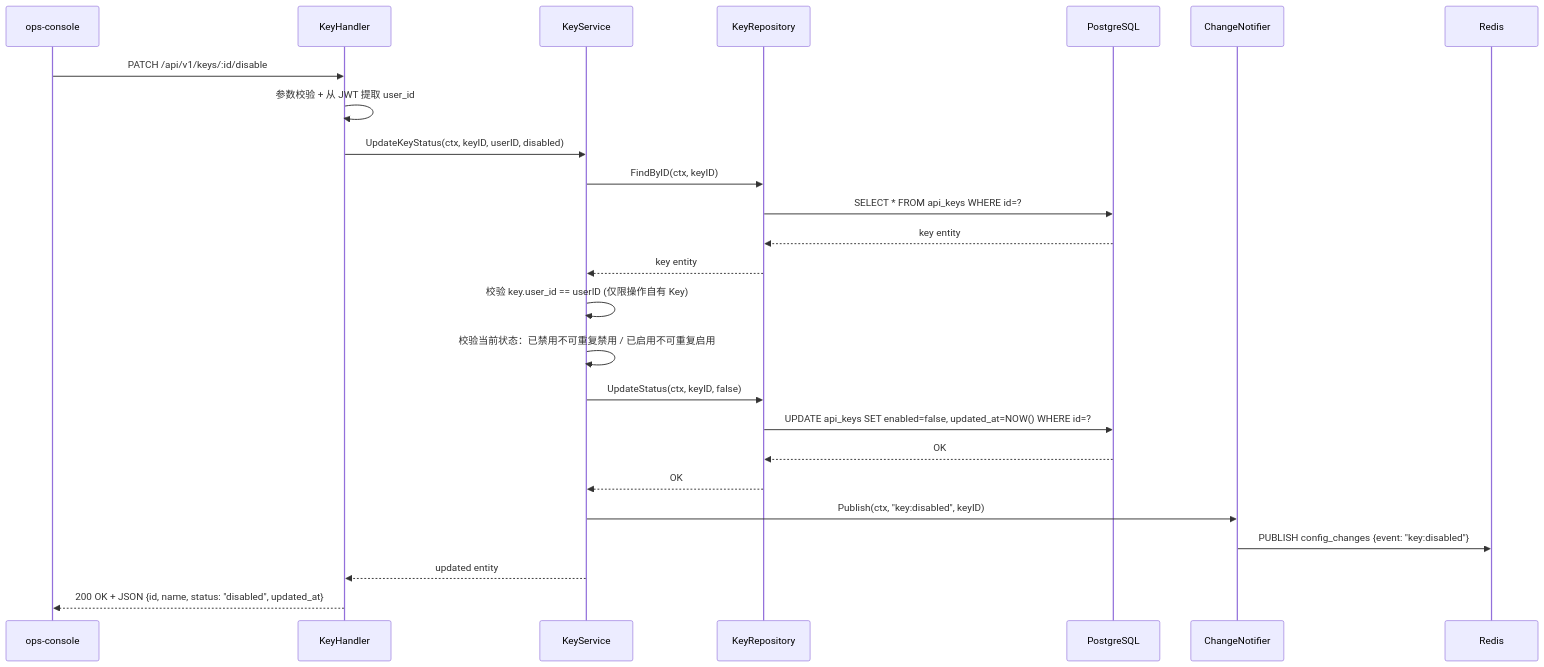
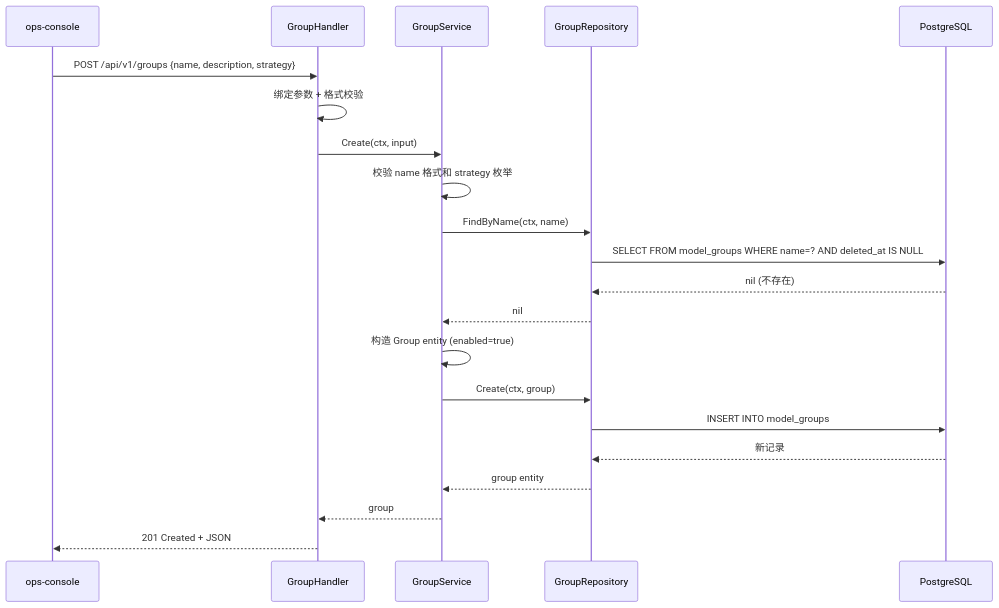
The first of 2 diagrams in xspec/changes/control-plane/design.delta.md (achieve-jsy/llm-gateway), drawn with Mermaid before and after one commit. The commit also changed other lines of this file and 174 other files, not shown here.

````diff
--- a/xspec/changes/control-plane/design.delta.md
+++ b/xspec/changes/control-plane/design.delta.md
@@ -159,28 +385,24 @@
 ```mermaid
 sequenceDiagram
     participant OC as ops-console
-    participant KH as KeyHandler
-    participant KS as KeyService
-    participant KR as KeyRepository
+    participant H as GroupHandler
+    participant S as GroupService
+    participant R as GroupRepository
     participant DB as PostgreSQL
-    participant N as ChangeNotifier
-    participant Redis as Redis
 
-    OC->>KH: PATCH /api/v1/keys/:id/disable
-    KH->>KH: 参数校验 + 从 JWT 提取 user_id
-    KH->>KS: UpdateKeyStatus(ctx, keyID, userID, disabled)
-    KS->>KR: FindByID(ctx, keyID)
-    KR->>DB: SELECT * FROM api_keys WHERE id=?
-    DB-->>KR: key entity
-    KR-->>KS: key entity
-    KS->>KS: 校验 key.user_id == userID (仅限操作自有 Key)
-    KS->>KS: 校验当前状态：已禁用不可重复禁用 / 已启用不可重复启用
-    KS->>KR: UpdateStatus(ctx, keyID, false)
-    KR->>DB: UPDATE api_keys SET enabled=false, updated_at=NOW() WHERE id=?
-    DB-->>KR: OK
-    KR-->>KS: OK
-    KS->>N: Publish(ctx, "key:disabled", keyID)
-    N->>Redis: PUBLISH config_changes {event: "key:disabled"}
-    KS-->>KH: updated entity
-    KH-->>OC: 200 OK + JSON {id, name, status: "disabled", updated_at}
+    OC->>H: POST /api/v1/groups {name, description, strategy}
+    H->>H: 绑定参数 + 格式校验
+    H->>S: Create(ctx, input)
+    S->>S: 校验 name 格式和 strategy 枚举
+    S->>R: FindByName(ctx, name)
+    R->>DB: SELECT FROM model_groups WHERE name=? AND deleted_at IS NULL
+    DB-->>R: nil (不存在)
+    R-->>S: nil
+    S->>S: 构造 Group entity (enabled=true)
+    S->>R: Create(ctx, group)
+    R->>DB: INSERT INTO model_groups
+    DB-->>R: 新记录
+    R-->>S: group entity
+    S-->>H: group
+    H-->>OC: 201 Created + JSON
 ```
````
